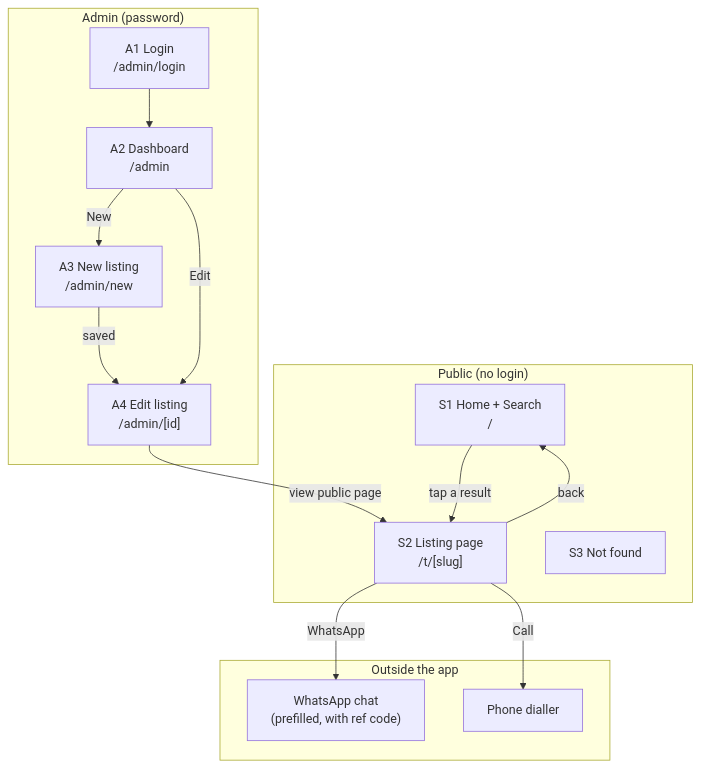
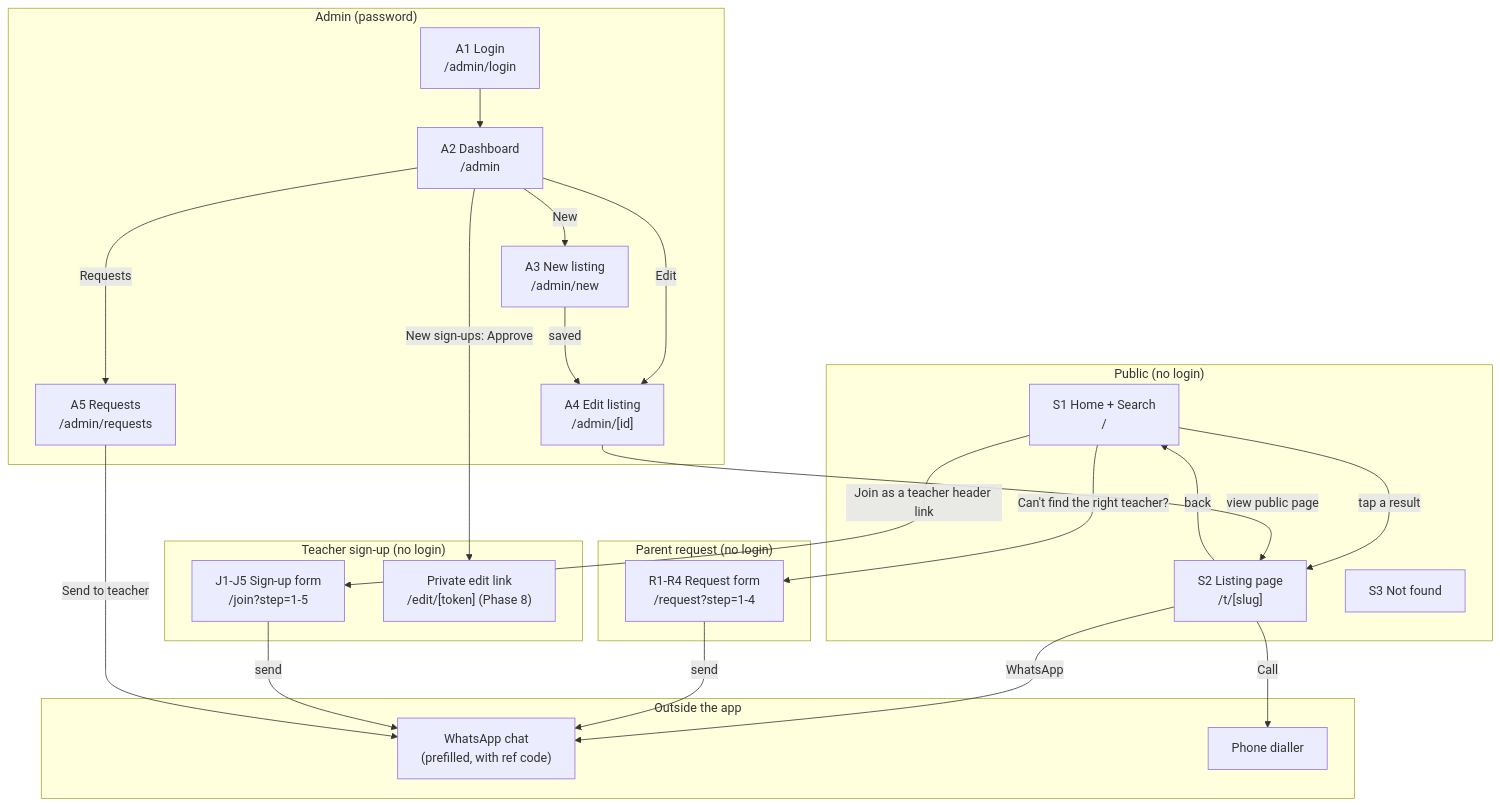
Before and after one commit to shahilseth/dhuri-tutors: the first of 4 diagrams in app_flow.md, drawn with Mermaid. The commit also changed other lines of this file and 5 other files, not shown here.

First line of the commit message:
Scope: teacher sign-up, parent requests, village areas

````diff
--- a/app_flow.md
+++ b/app_flow.md
@@ -8,28 +8,43 @@
 ```mermaid
 flowchart TD
   subgraph Public["Public (no login)"]
     S1["S1 Home + Search<br/>/"]
     S2["S2 Listing page<br/>/t/[slug]"]
     S3["S3 Not found"]
   end
+  subgraph Request["Parent request (no login)"]
+    R1["R1-R4 Request form<br/>/request?step=1-4"]
+  end
+  subgraph Join["Teacher sign-up (no login)"]
+    J1["J1-J5 Sign-up form<br/>/join?step=1-5"]
+    T2["Private edit link<br/>/edit/[token] (Phase 8)"]
+  end
   subgraph Admin["Admin (password)"]
     A1["A1 Login<br/>/admin/login"]
     A2["A2 Dashboard<br/>/admin"]
     A3["A3 New listing<br/>/admin/new"]
     A4["A4 Edit listing<br/>/admin/[id]"]
+    A5["A5 Requests<br/>/admin/requests"]
   end
   subgraph Ext["Outside the app"]
     WA["WhatsApp chat<br/>(prefilled, with ref code)"]
     TEL["Phone dialler"]
   end
 
   S1 -->|tap a result| S2
+  S1 -->|"Can't find the right teacher?"| R1
+  S1 -->|"Join as a teacher" header link| J1
   S2 -->|WhatsApp| WA
   S2 -->|Call| TEL
   S2 -->|back| S1
+  R1 -->|send| WA
+  J1 -->|send| WA
   A1 --> A2
   A2 -->|New| A3
   A2 -->|Edit| A4
+  A2 -->|Requests| A5
+  A2 -->|New sign-ups: Approve| T2
   A3 -->|saved| A4
   A4 -->|view public page| S2
+  A5 -->|Send to teacher| WA
 ```
````
